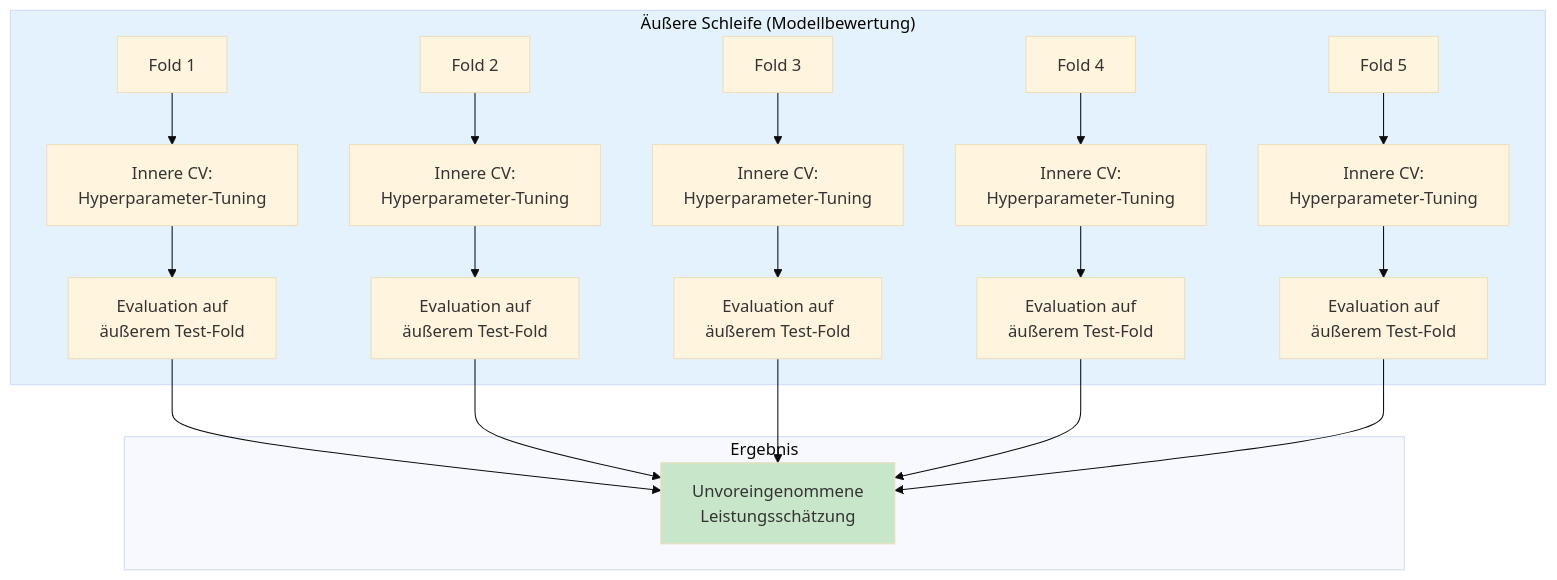
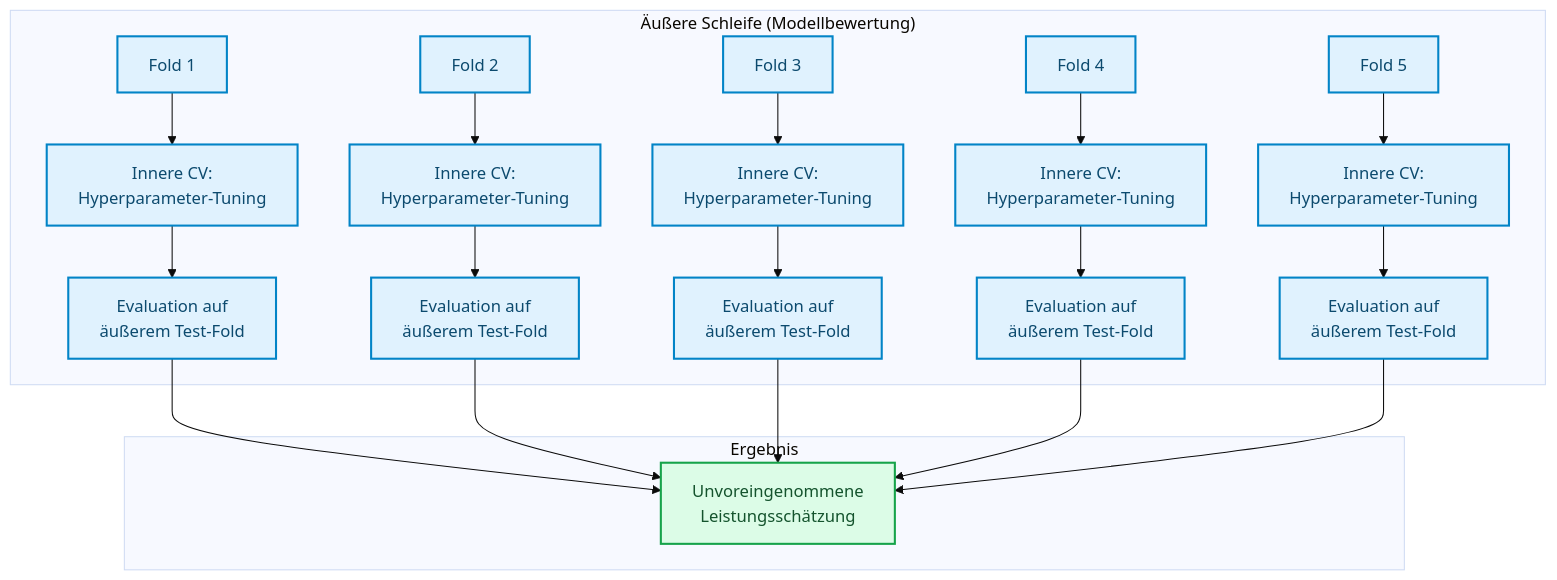
Before and after one commit to ralf-42/ML_Intro: the tenth of 12 diagrams in docs/concepts/evaluate/hyperparameter_tuning.md, drawn with Mermaid (base theme). The commit also changed other lines of this file and 67 other files, not shown here.

````diff
--- a/docs/concepts/evaluate/hyperparameter_tuning.md
+++ b/docs/concepts/evaluate/hyperparameter_tuning.md
@@ -527,27 +542,28 @@
 ```mermaid
 flowchart TB
     subgraph outer["Äußere Schleife (Modellbewertung)"]
         O1["Fold 1"] --> I1["Innere CV:<br/>Hyperparameter-Tuning"]
         O2["Fold 2"] --> I2["Innere CV:<br/>Hyperparameter-Tuning"]
         O3["Fold 3"] --> I3["Innere CV:<br/>Hyperparameter-Tuning"]
         O4["Fold 4"] --> I4["Innere CV:<br/>Hyperparameter-Tuning"]
         O5["Fold 5"] --> I5["Innere CV:<br/>Hyperparameter-Tuning"]
         
         I1 --> E1["Evaluation auf<br/>äußerem Test-Fold"]
         I2 --> E2["Evaluation auf<br/>äußerem Test-Fold"]
         I3 --> E3["Evaluation auf<br/>äußerem Test-Fold"]
         I4 --> E4["Evaluation auf<br/>äußerem Test-Fold"]
         I5 --> E5["Evaluation auf<br/>äußerem Test-Fold"]
     end
     
     subgraph result["Ergebnis"]
         E1 --> FINAL["Unvoreingenommene<br/>Leistungsschätzung"]
         E2 --> FINAL
         E3 --> FINAL
         E4 --> FINAL
         E5 --> FINAL
     end
-    
-    style outer fill:#e3f2fd
-    style FINAL fill:#c8e6c9
+
+    classDef default fill:#e0f2fe,stroke:#0284c7,stroke-width:2px,color:#0c4a6e;
+    classDef output fill:#dcfce7,stroke:#16a34a,stroke-width:2px,color:#14532d;
+    class FINAL output;
 ```
````
